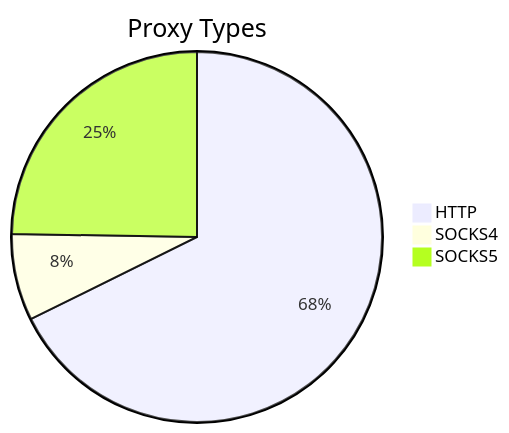
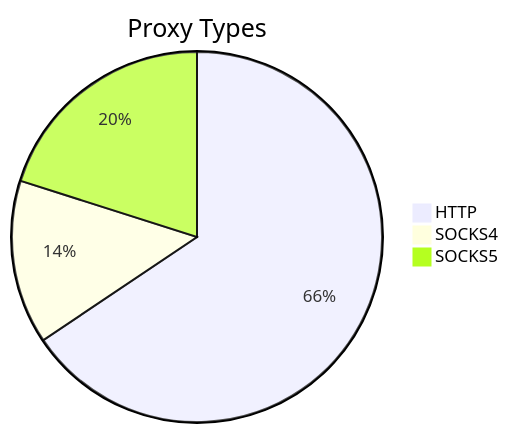
One commit to stormsia/proxy-list changed the first of 2 diagrams in README.md. Above: the diagram before and after it, drawn with Mermaid. The commit also changed other lines of this file, not shown here.

````diff
--- a/README.md
+++ b/README.md
@@ -21,6 +21,6 @@
 ```mermaid
 pie title Proxy Types
-    "HTTP" : 197
-    "SOCKS4" : 22
-    "SOCKS5" : 72
+    "HTTP" : 284
+    "SOCKS4" : 62
+    "SOCKS5" : 87
 ```
````
